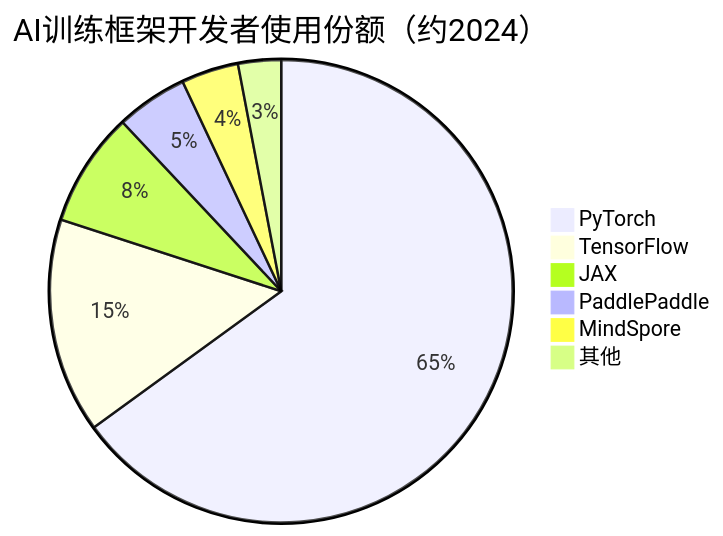
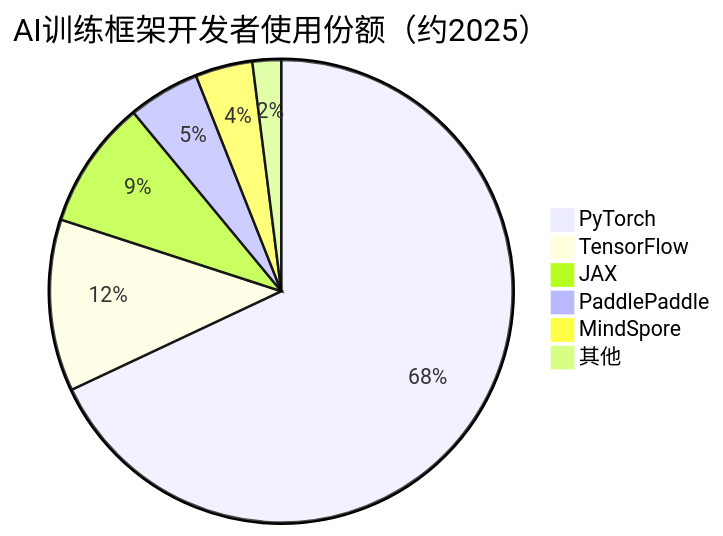
Before and after one commit to blueprint1453/industry-insight: the third of 3 diagrams in AI产业链/下游/软件配套.md, drawn with Mermaid. The commit also changed other lines of this file and 78 other files, not shown here.

````diff
--- a/AI产业链/下游/软件配套.md
+++ b/AI产业链/下游/软件配套.md
@@ -108,9 +108,9 @@
 ```mermaid
-pie title AI训练框架开发者使用份额（约2024）
-    "PyTorch" : 65
-    "TensorFlow" : 15
-    "JAX" : 8
+pie title AI训练框架开发者使用份额（约2025）
+    "PyTorch" : 68
+    "TensorFlow" : 12
+    "JAX" : 9
     "PaddlePaddle" : 5
     "MindSpore" : 4
-    "其他" : 3
+    "其他" : 2
 ```
````
